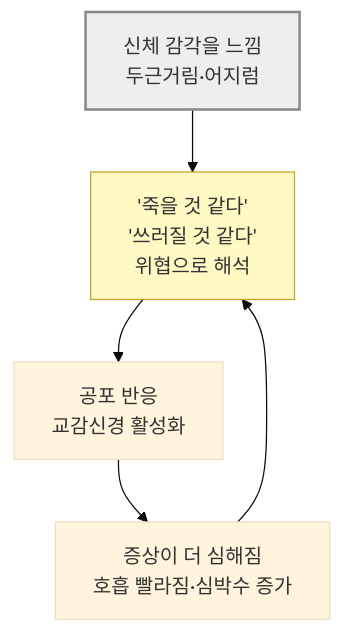
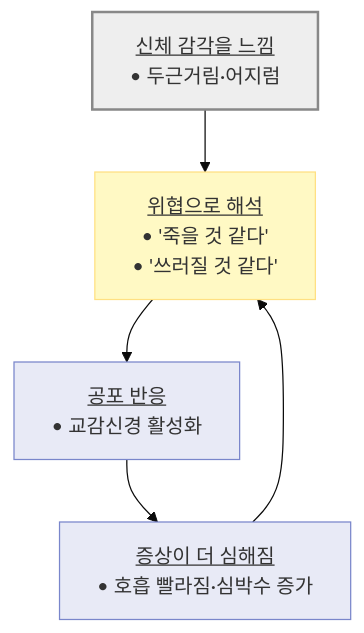
The second of 2 diagrams in 221_/026_-panic-disorder.md (familyoh77/familyoh77), drawn with Mermaid (base theme) before and after one commit. The commit also changed other lines of this file and 17 other files, not shown here.

````diff
--- a/221_/026_-panic-disorder.md
+++ b/221_/026_-panic-disorder.md
@@ -526,9 +529,14 @@
 ```mermaid
 flowchart TD
-    A["신체 감각을 느낌<br/>두근거림·어지럼"] --> B["'죽을 것 같다'<br/>'쓰러질 것 같다'<br/>위협으로 해석"]
-    B --> C["공포 반응<br/>교감신경 활성화"]
-    C --> D["증상이 더 심해짐<br/>호흡 빨라짐·심박수 증가"]
+    A["<u>신체 감각을 느낌</u><br/>• 두근거림·어지럼"] --> B["<u>위협으로 해석</u><br/>• '죽을 것 같다'<br/>• '쓰러질 것 같다'"]
+    B --> C["<u>공포 반응</u><br/>• 교감신경 활성화"]
+    C --> D["<u>증상이 더 심해짐</u><br/>• 호흡 빨라짐·심박수 증가"]
     D --> B
-    style A fill:#eee,stroke:#888,stroke-width:2px
-    style B fill:#fff9c4,stroke:#c9a227
+
+    classDef start fill:#eeeeee,stroke:#888888,stroke-width:2px
+    classDef question fill:#fff9c4,stroke:#ffe082
+    classDef followup fill:#e8eaf6,stroke:#7986cb
+    class A start
+    class B question
+    class C,D followup
 ```
````
